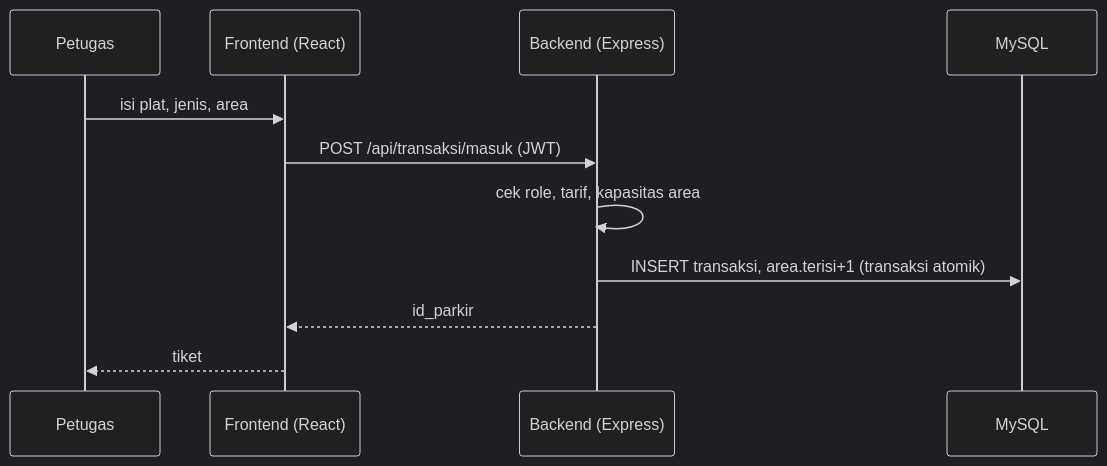
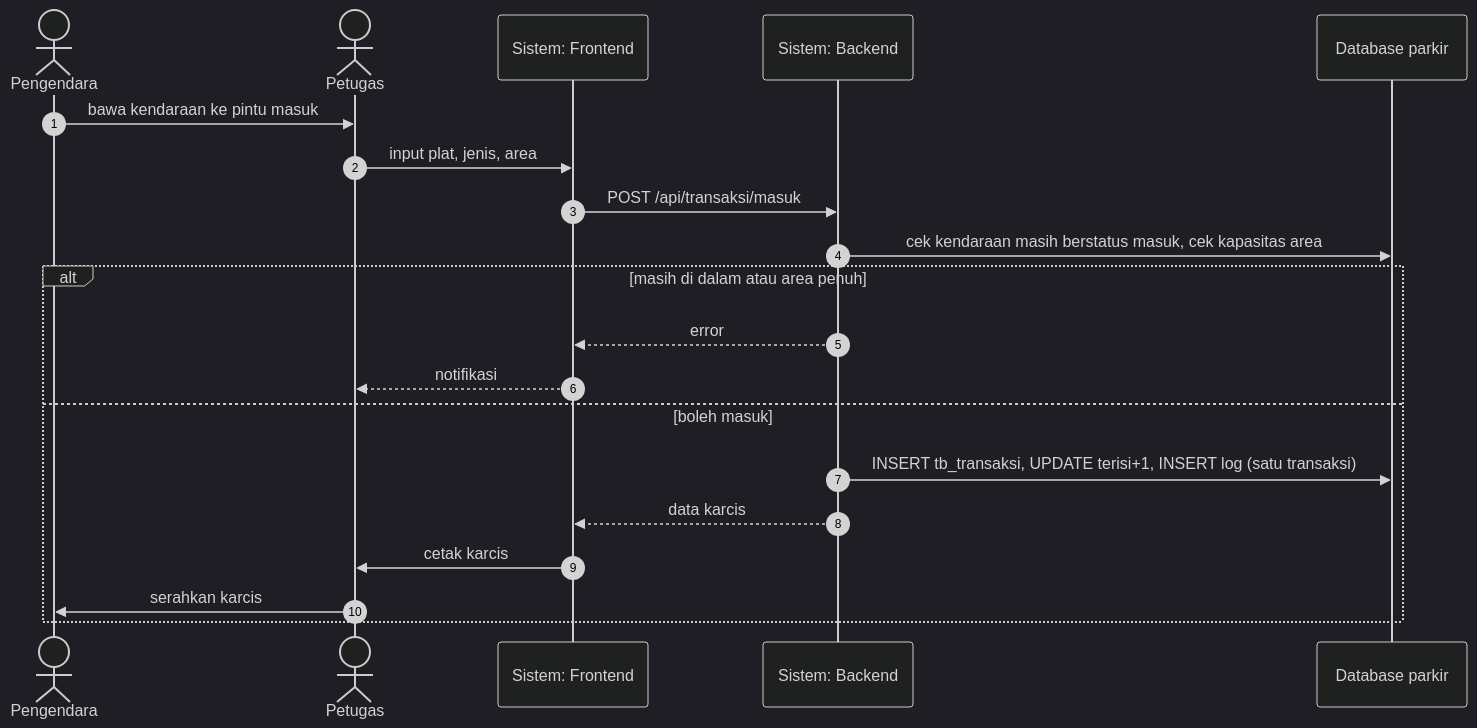
One commit to marchaurum-blip/parkir-app changed the first of 7 diagrams in docs/SWIMLANE_BARRIER.md. Above: the diagram before and after it, drawn with Mermaid (dark theme). The commit also changed other lines of this file and 8 other files, not shown here.

Commit message:
Sesuaikan dengan SPK: struk, cari plat, edit, log, export, dokumen swimlane/ERD/flowchart

````diff
--- a/docs/SWIMLANE_BARRIER.md
+++ b/docs/SWIMLANE_BARRIER.md
@@ -14,13 +15,22 @@
 ```mermaid
 sequenceDiagram
-  participant P as Petugas
-  participant FE as Frontend (React)
-  participant BE as Backend (Express)
-  participant DB as MySQL
-  P->>FE: isi plat, jenis, area
-  FE->>BE: POST /api/transaksi/masuk (JWT)
-  BE->>BE: cek role, tarif, kapasitas area
-  BE->>DB: INSERT transaksi, area.terisi+1 (transaksi atomik)
-  BE-->>FE: id_parkir
-  FE-->>P: tiket
+  autonumber
+  actor Pengendara
+  actor Petugas
+  participant FE as Sistem: Frontend
+  participant BE as Sistem: Backend
+  participant DB as Database parkir
+  Pengendara->>Petugas: bawa kendaraan ke pintu masuk
+  Petugas->>FE: input plat, jenis, area
+  FE->>BE: POST /api/transaksi/masuk
+  BE->>DB: cek kendaraan masih berstatus masuk, cek kapasitas area
+  alt masih di dalam atau area penuh
+    BE-->>FE: error
+    FE-->>Petugas: notifikasi
+  else boleh masuk
+    BE->>DB: INSERT tb_transaksi, UPDATE terisi+1, INSERT log (satu transaksi)
+    BE-->>FE: data karcis
+    FE->>Petugas: cetak karcis
+    Petugas->>Pengendara: serahkan karcis
+  end
 ```
````
